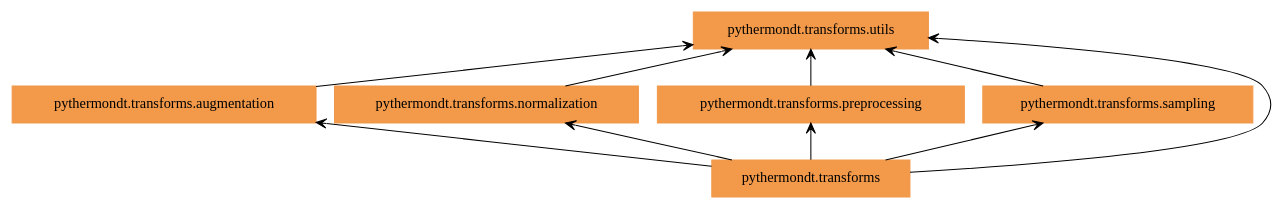
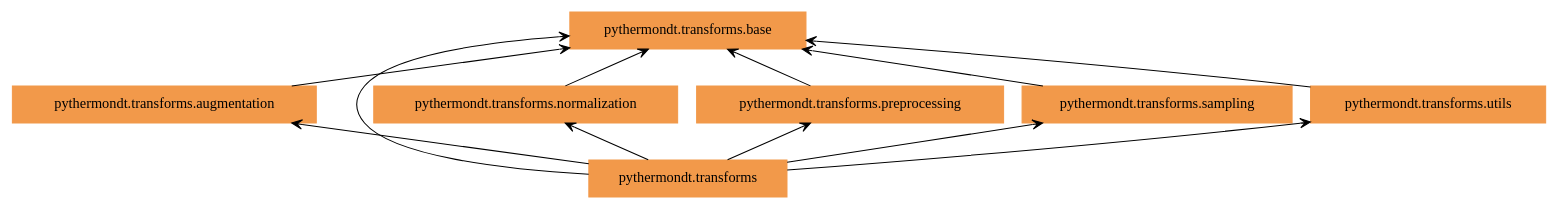
One commit to voidsy-gmbh/pyThermoNDT changed the diagram in docs/pyreverse/graphviz/packages_pythermondt.transforms.gv. Above: the diagram before and after it, drawn with Graphviz. The commit also changed 26 other files, not shown here.

```diff
--- a/docs/pyreverse/graphviz/packages_pythermondt.transforms.gv
+++ b/docs/pyreverse/graphviz/packages_pythermondt.transforms.gv
@@ -1,19 +1,22 @@
 digraph "packages_pythermondt.transforms" {
 rankdir=BT
 charset="utf-8"
 "pythermondt.transforms" [color="#F2994A", label=<pythermondt.transforms>, shape="box", style="filled"];
 "pythermondt.transforms.augmentation" [color="#F2994A", label=<pythermondt.transforms.augmentation>, shape="box", style="filled"];
+"pythermondt.transforms.base" [color="#F2994A", label=<pythermondt.transforms.base>, shape="box", style="filled"];
 "pythermondt.transforms.normalization" [color="#F2994A", label=<pythermondt.transforms.normalization>, shape="box", style="filled"];
 "pythermondt.transforms.preprocessing" [color="#F2994A", label=<pythermondt.transforms.preprocessing>, shape="box", style="filled"];
 "pythermondt.transforms.sampling" [color="#F2994A", label=<pythermondt.transforms.sampling>, shape="box", style="filled"];
 "pythermondt.transforms.utils" [color="#F2994A", label=<pythermondt.transforms.utils>, shape="box", style="filled"];
 "pythermondt.transforms" -> "pythermondt.transforms.augmentation" [arrowhead="open", arrowtail="none"];
+"pythermondt.transforms" -> "pythermondt.transforms.base" [arrowhead="open", arrowtail="none"];
 "pythermondt.transforms" -> "pythermondt.transforms.normalization" [arrowhead="open", arrowtail="none"];
 "pythermondt.transforms" -> "pythermondt.transforms.preprocessing" [arrowhead="open", arrowtail="none"];
 "pythermondt.transforms" -> "pythermondt.transforms.sampling" [arrowhead="open", arrowtail="none"];
 "pythermondt.transforms" -> "pythermondt.transforms.utils" [arrowhead="open", arrowtail="none"];
-"pythermondt.transforms.augmentation" -> "pythermondt.transforms.utils" [arrowhead="open", arrowtail="none"];
-"pythermondt.transforms.normalization" -> "pythermondt.transforms.utils" [arrowhead="open", arrowtail="none"];
-"pythermondt.transforms.preprocessing" -> "pythermondt.transforms.utils" [arrowhead="open", arrowtail="none"];
-"pythermondt.transforms.sampling" -> "pythermondt.transforms.utils" [arrowhead="open", arrowtail="none"];
+"pythermondt.transforms.augmentation" -> "pythermondt.transforms.base" [arrowhead="open", arrowtail="none"];
+"pythermondt.transforms.normalization" -> "pythermondt.transforms.base" [arrowhead="open", arrowtail="none"];
+"pythermondt.transforms.preprocessing" -> "pythermondt.transforms.base" [arrowhead="open", arrowtail="none"];
+"pythermondt.transforms.sampling" -> "pythermondt.transforms.base" [arrowhead="open", arrowtail="none"];
+"pythermondt.transforms.utils" -> "pythermondt.transforms.base" [arrowhead="open", arrowtail="none"];
 }
```
